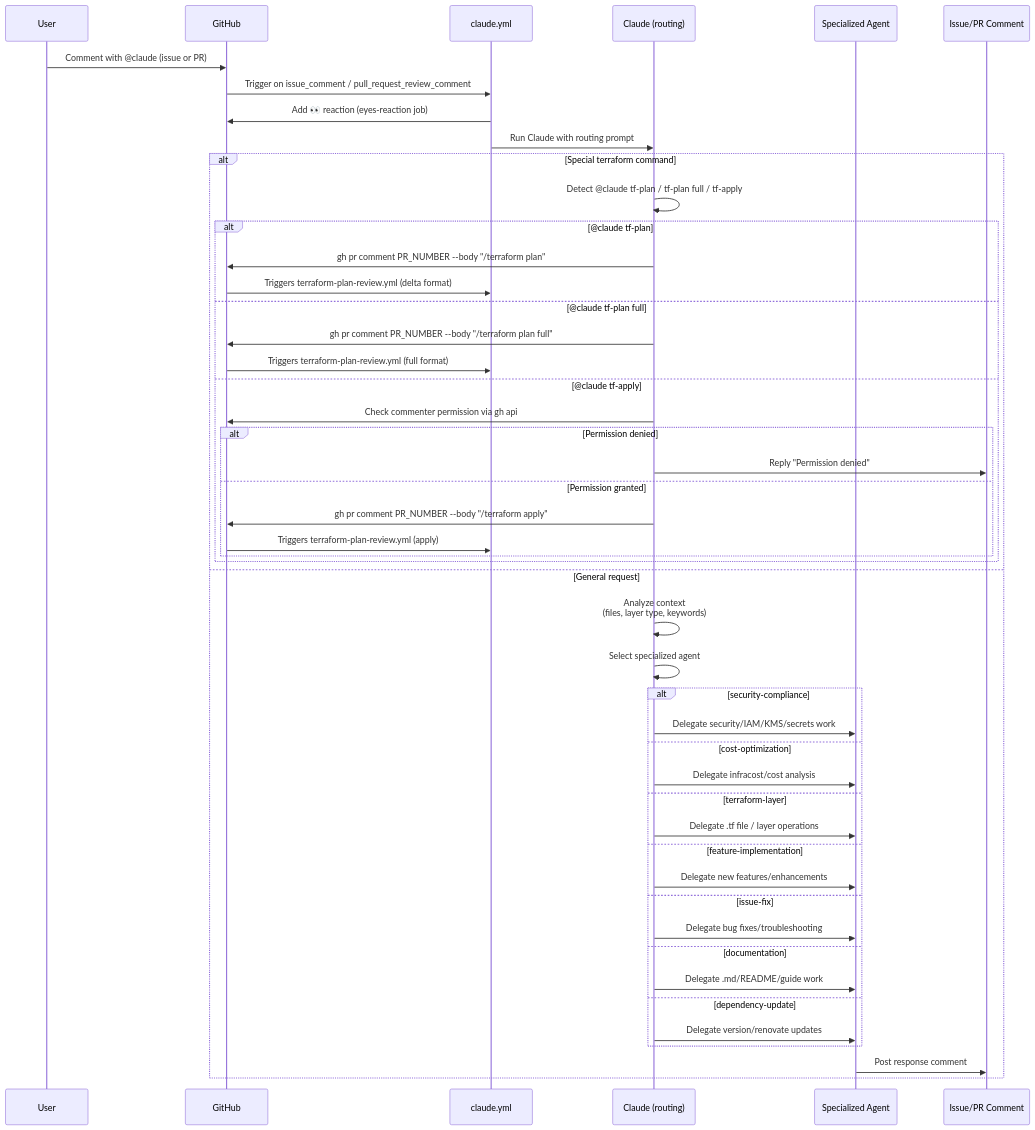
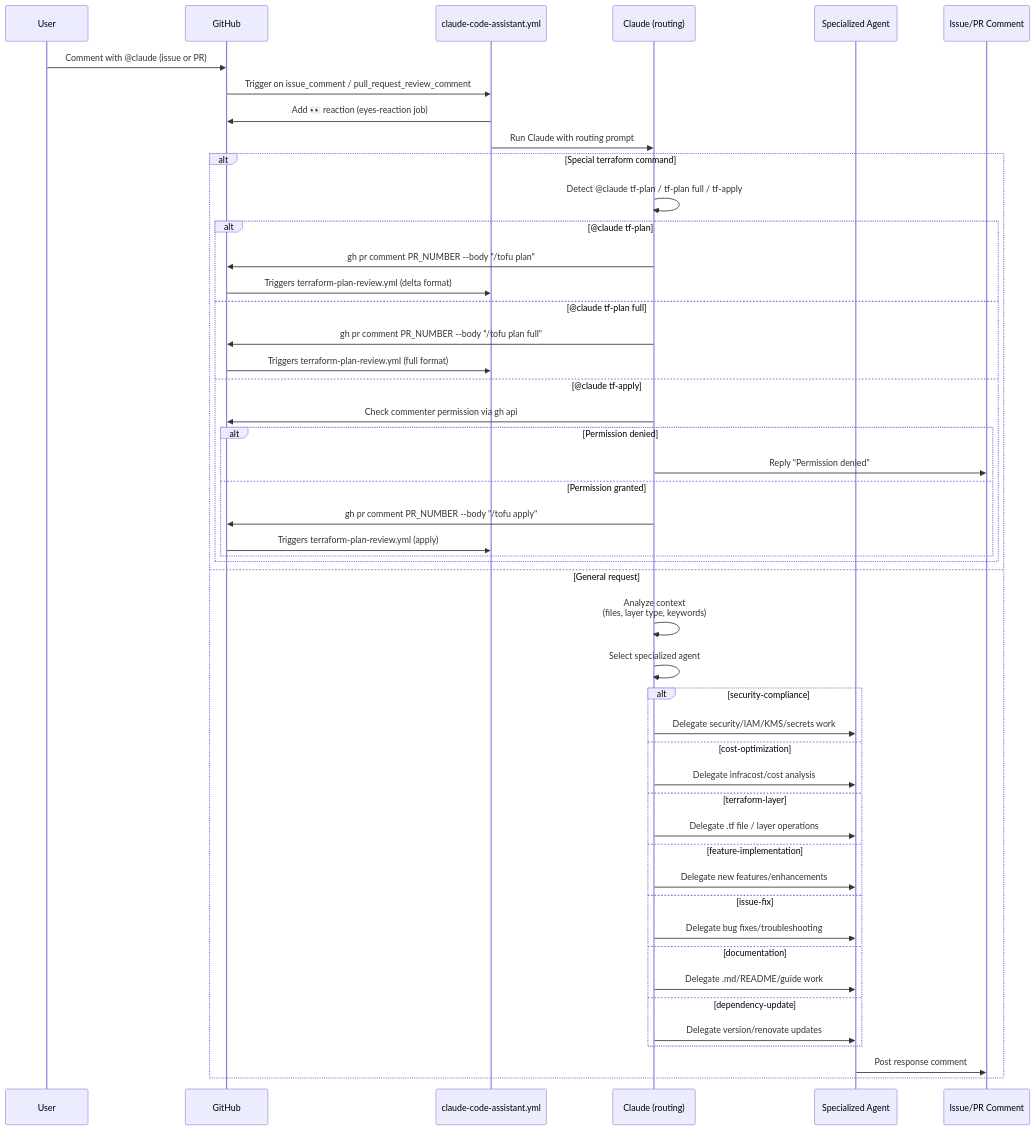
The fourth of 4 diagrams in .github/docs/claude-workflows.md (binbashar/le-tf-infra-aws), drawn with Mermaid before and after one commit. The commit also changed other lines of this file and 4 other files, not shown here.

First line of the commit message:
refactor: rename commands to /tofu, lower destroy threshold, rename claude.yml

````diff
--- a/.github/docs/claude-workflows.md
+++ b/.github/docs/claude-workflows.md
@@ -126,58 +126,58 @@
 ```mermaid
 sequenceDiagram
     participant User as User
     participant GH as GitHub
-    participant WF as claude.yml
+    participant WF as claude-code-assistant.yml
     participant AI as Claude (routing)
     participant Agent as Specialized Agent
     participant PR as Issue/PR Comment
 
     User->>GH: Comment with @claude (issue or PR)
     GH->>WF: Trigger on issue_comment / pull_request_review_comment
 
     WF->>GH: Add 👀 reaction (eyes-reaction job)
 
     WF->>AI: Run Claude with routing prompt
 
     alt Special terraform command
         AI->>AI: Detect @claude tf-plan / tf-plan full / tf-apply
 
         alt @claude tf-plan
-            AI->>GH: gh pr comment PR_NUMBER --body "/terraform plan"
+            AI->>GH: gh pr comment PR_NUMBER --body "/tofu plan"
             GH->>WF: Triggers terraform-plan-review.yml (delta format)
         else @claude tf-plan full
-            AI->>GH: gh pr comment PR_NUMBER --body "/terraform plan full"
+            AI->>GH: gh pr comment PR_NUMBER --body "/tofu plan full"
             GH->>WF: Triggers terraform-plan-review.yml (full format)
         else @claude tf-apply
             AI->>GH: Check commenter permission via gh api
             alt Permission denied
                 AI->>PR: Reply "Permission denied"
             else Permission granted
-                AI->>GH: gh pr comment PR_NUMBER --body "/terraform apply"
+                AI->>GH: gh pr comment PR_NUMBER --body "/tofu apply"
                 GH->>WF: Triggers terraform-plan-review.yml (apply)
             end
         end
 
     else General request
         AI->>AI: Analyze context<br/>(files, layer type, keywords)
         AI->>AI: Select specialized agent
 
         alt security-compliance
             AI->>Agent: Delegate security/IAM/KMS/secrets work
         else cost-optimization
             AI->>Agent: Delegate infracost/cost analysis
         else terraform-layer
             AI->>Agent: Delegate .tf file / layer operations
         else feature-implementation
             AI->>Agent: Delegate new features/enhancements
         else issue-fix
             AI->>Agent: Delegate bug fixes/troubleshooting
         else documentation
             AI->>Agent: Delegate .md/README/guide work
         else dependency-update
             AI->>Agent: Delegate version/renovate updates
         end
 
         Agent->>PR: Post response comment
     end
 ```
````
